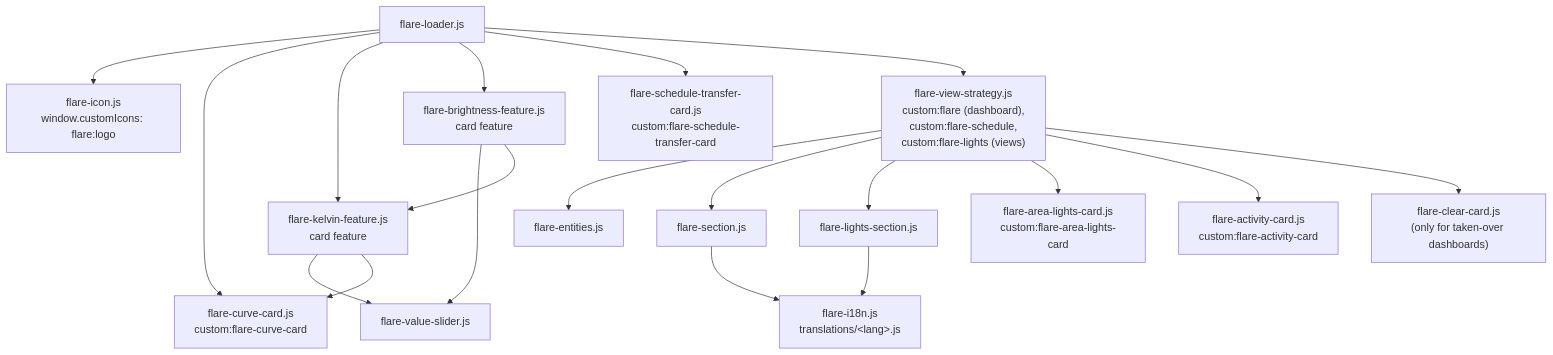
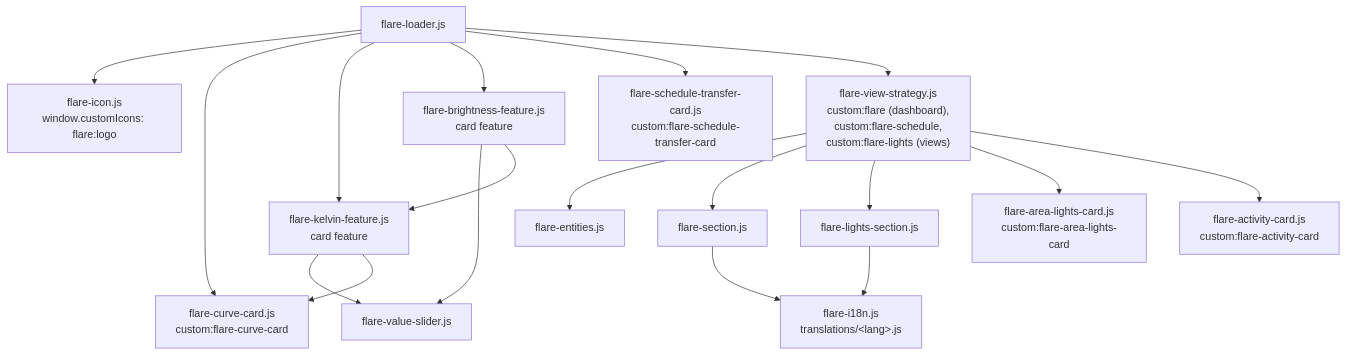
One commit to danrspencer/flare changed the second of 3 diagrams in docs/architecture/frontend.md. Above: the diagram before and after it, drawn with Mermaid. The commit also changed 5 other files, not shown here.

````diff
--- a/docs/architecture/frontend.md
+++ b/docs/architecture/frontend.md
@@ -77,21 +77,20 @@
 ```mermaid
 flowchart TB
     loader["flare-loader.js"] --> icon["flare-icon.js<br/>window.customIcons: flare:logo"]
     loader --> curve["flare-curve-card.js<br/>custom:flare-curve-card"]
     loader --> kf["flare-kelvin-feature.js<br/>card feature"]
     loader --> bf["flare-brightness-feature.js<br/>card feature"]
     loader --> tc["flare-schedule-transfer-card.js<br/>custom:flare-schedule-transfer-card"]
     loader --> vs["flare-view-strategy.js<br/>custom:flare (dashboard),<br/>custom:flare-schedule,<br/>custom:flare-lights (views)"]
     kf --> vsl["flare-value-slider.js"]
     bf --> vsl
     bf --> kf
     kf --> curve
     vs --> ent["flare-entities.js"]
     vs --> sec["flare-section.js"]
     vs --> ls["flare-lights-section.js"]
     vs --> alc["flare-area-lights-card.js<br/>custom:flare-area-lights-card"]
     vs --> act["flare-activity-card.js<br/>custom:flare-activity-card"]
-    vs --> clr["flare-clear-card.js<br/>(only for taken-over dashboards)"]
     sec --> i18n["flare-i18n.js<br/>translations/#lt;lang#gt;.js"]
     ls --> i18n
 ```
````
